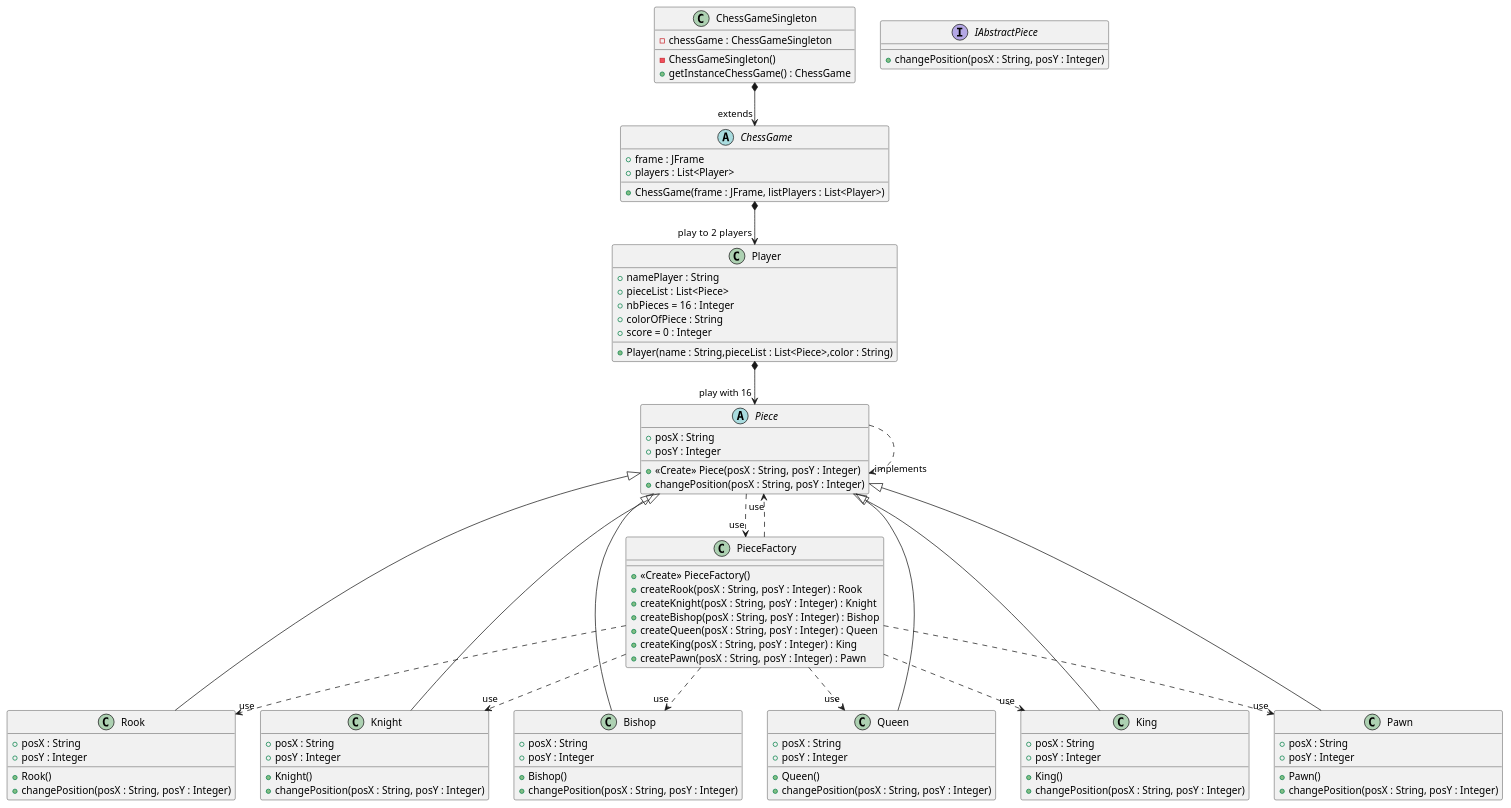
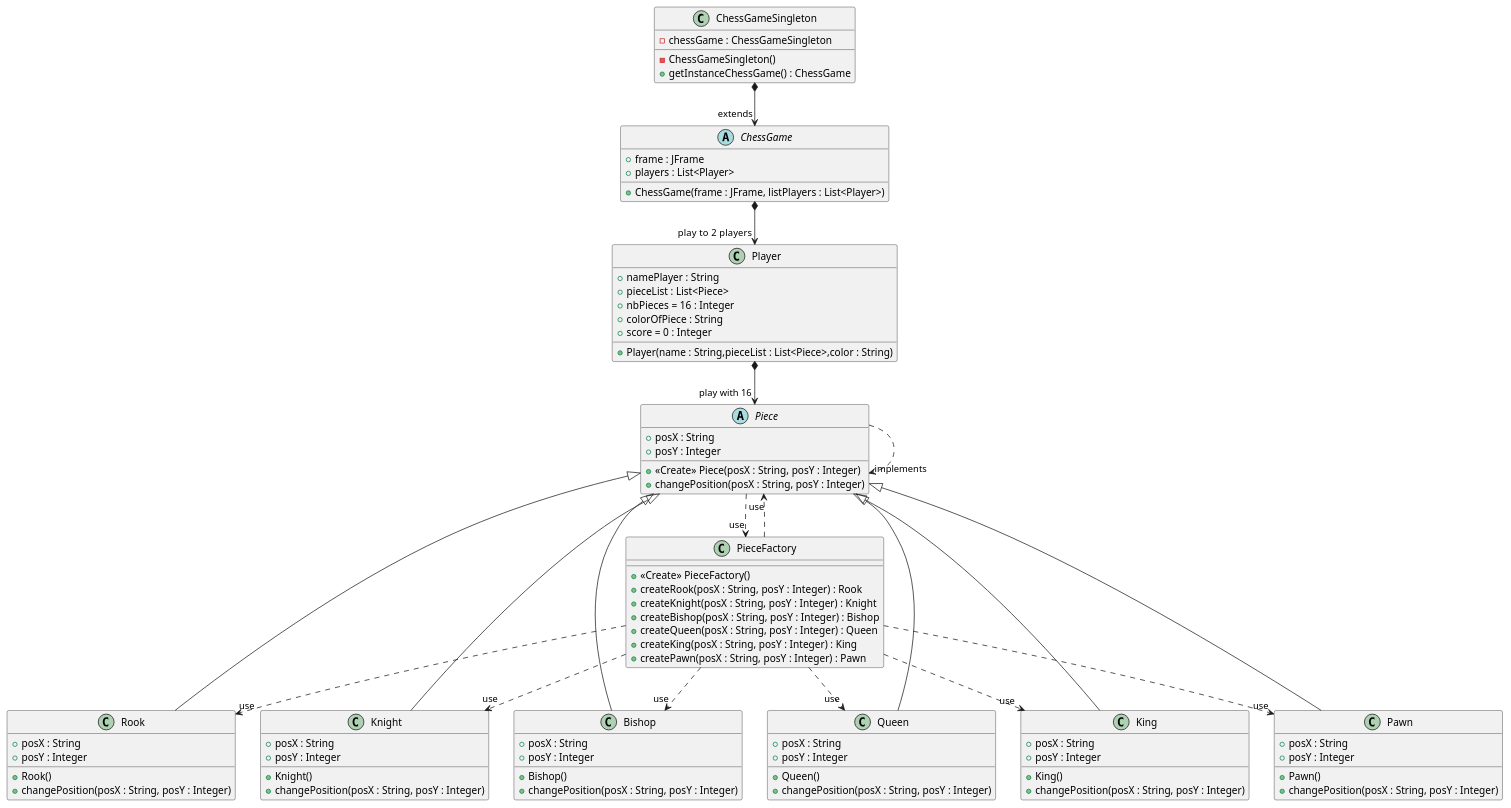
The diagram in rendu1/uml/ChessGame.puml (oceanedruenne/chess-game), drawn with PlantUML before and after one commit.

Commit message:
Oubli de delete l'interface dans l'UML

```diff
--- a/rendu1/uml/ChessGame.puml
+++ b/rendu1/uml/ChessGame.puml
@@ -1,118 +1,115 @@
 @startuml
 'https://plantuml.com/class-diagram
 class ChessGameSingleton {
     - chessGame : ChessGameSingleton
     - ChessGameSingleton()
     + getInstanceChessGame() : ChessGame
 }
 
 abstract class ChessGame
 {
      + frame : JFrame
      + players : List<Player>
      + ChessGame(frame : JFrame, listPlayers : List<Player>)
 }
 
 class Player {
     + namePlayer : String
     + pieceList : List<Piece>
     + nbPieces = 16 : Integer
     + colorOfPiece : String
     + score = 0 : Integer
     + Player(name : String,pieceList : List<Piece>,color : String)
 }
 
-interface IAbstractPiece {
-    + changePosition(posX : String, posY : Integer)
-}
 
 abstract class Piece
 {
     + posX : String
     + posY : Integer
     + <<Create>> Piece(posX : String, posY : Integer)
     + changePosition(posX : String, posY : Integer)
 }
 
 class PieceFactory
 {
     + <<Create>> PieceFactory()
     + createRook(posX : String, posY : Integer) : Rook
     + createKnight(posX : String, posY : Integer) : Knight
     + createBishop(posX : String, posY : Integer) : Bishop
     + createQueen(posX : String, posY : Integer) : Queen
     + createKing(posX : String, posY : Integer) : King
     + createPawn(posX : String, posY : Integer) : Pawn
 }
 
 class Rook
 {
    + posX : String
    + posY : Integer
    + Rook()
    + changePosition(posX : String, posY : Integer)
 }
 
 class Knight
 {
     + posX : String
     + posY : Integer
     + Knight()
     + changePosition(posX : String, posY : Integer)
 }
 
 class Bishop
 {
     + posX : String
     + posY : Integer
     + Bishop()
     + changePosition(posX : String, posY : Integer)
 }
 
 class Queen
 {
     + posX : String
     + posY : Integer
     + Queen()
     + changePosition(posX : String, posY : Integer)
 }
 
 class King
 {
     + posX : String
     + posY : Integer
     + King()
     + changePosition(posX : String, posY : Integer)
 }
 
 class Pawn
 {
     + posX : String
     + posY : Integer
     + Pawn()
     + changePosition(posX : String, posY : Integer)
 }
 
 Piece -.> "implements" Piece
 Piece -.> "use" PieceFactory
 PieceFactory -.> "use" Piece
 PieceFactory -.> "use" Rook
 PieceFactory -.> "use" Knight
 PieceFactory -.> "use" Bishop
 PieceFactory -.> "use" Queen
 PieceFactory -.> "use" King
 PieceFactory -.> "use" Pawn
 
 Rook --|> Piece
 Knight --|> Piece
 Bishop --|> Piece
 Queen --|> Piece
 King --|> Piece
 Pawn --|> Piece
 
 ChessGame *--> "play to  2 players" Player
 Player *--> "play with 16" Piece
 ChessGameSingleton *--> "extends" ChessGame
 
 
 @enduml
```
